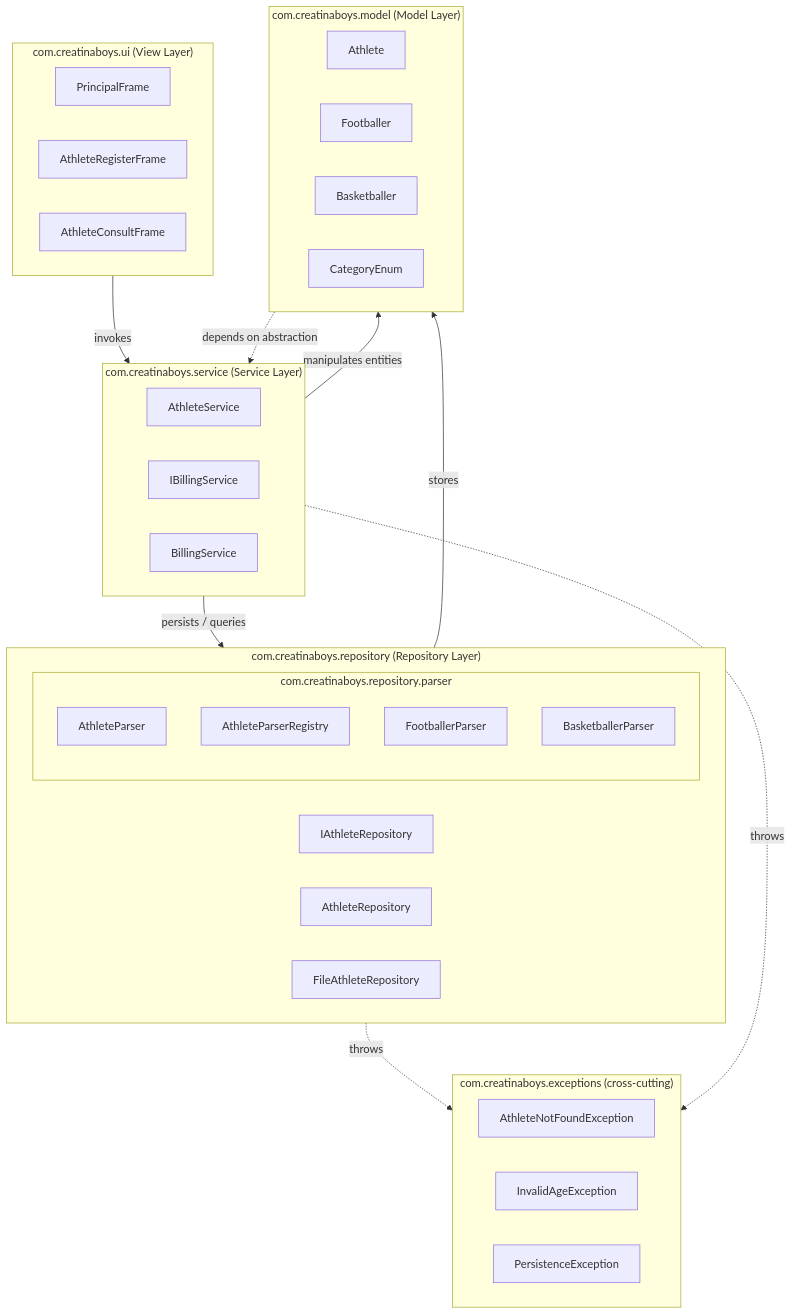
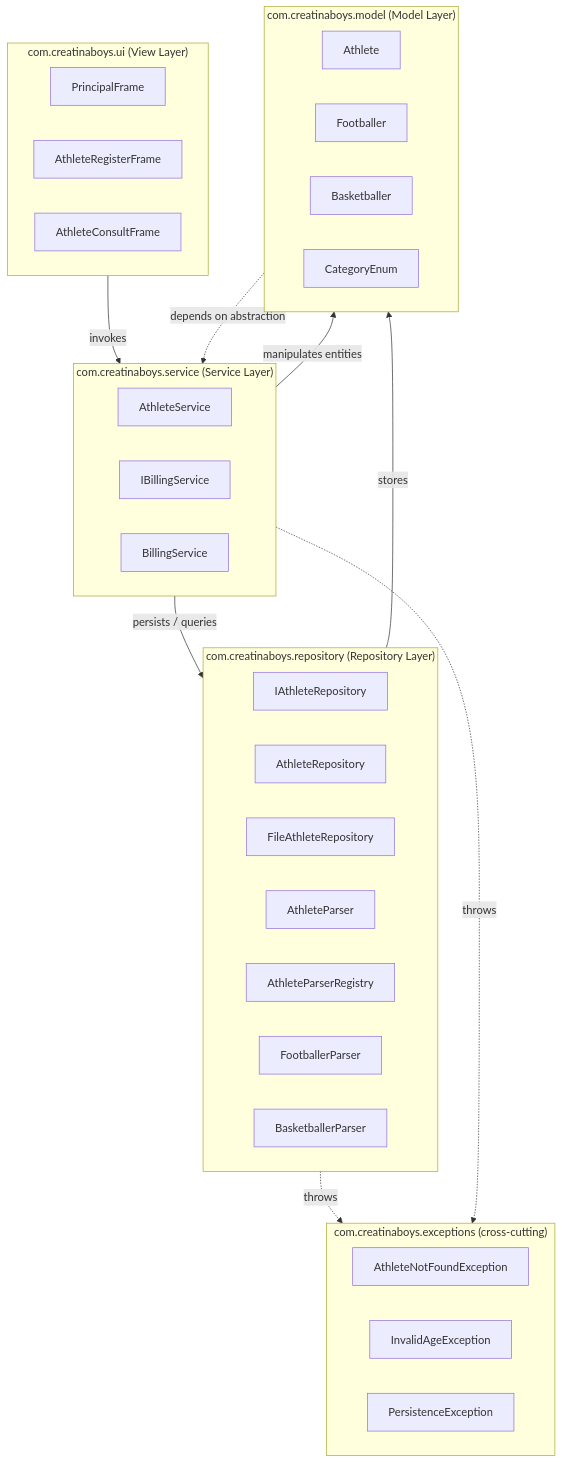
One commit to miltonmaldonado333/AuraTech changed the diagram in docs/Layers_diagram.md. Above: the diagram before and after it, drawn with Mermaid. The commit also changed 1 other file, not shown here.

Commit message:
docs: actualizando archivo word y diagrama

````diff
--- a/docs/Layers_diagram.md
+++ b/docs/Layers_diagram.md
@@ -3,43 +3,41 @@
 ```mermaid
 flowchart TB
     subgraph UI["com.creatinaboys.ui (View Layer)"]
         PrincipalFrame
         AthleteRegisterFrame
         AthleteConsultFrame
     end
     subgraph SVC["com.creatinaboys.service (Service Layer)"]
         AthleteService
         IBillingService
         BillingService
     end
     subgraph REPO["com.creatinaboys.repository (Repository Layer)"]
         IAthleteRepository
         AthleteRepository
         FileAthleteRepository
-        subgraph PARSER["com.creatinaboys.repository.parser"]
-            AthleteParser
-            AthleteParserRegistry
-            FootballerParser
-            BasketballerParser
-        end
+        AthleteParser
+        AthleteParserRegistry
+        FootballerParser
+        BasketballerParser
     end
     subgraph MODEL["com.creatinaboys.model (Model Layer)"]
         Athlete
         Footballer
         Basketballer
         CategoryEnum
     end
     subgraph EXC["com.creatinaboys.exceptions (cross-cutting)"]
         AthleteNotFoundException
         InvalidAgeException
         PersistenceException
     end
 
     UI -->|invokes| SVC
     SVC -->|persists / queries| REPO
     SVC -->|manipulates entities| MODEL
     REPO -->|stores| MODEL
     MODEL -.->|depends on abstraction| SVC
     REPO -.->|throws| EXC
     SVC -.->|throws| EXC
 ```
````
